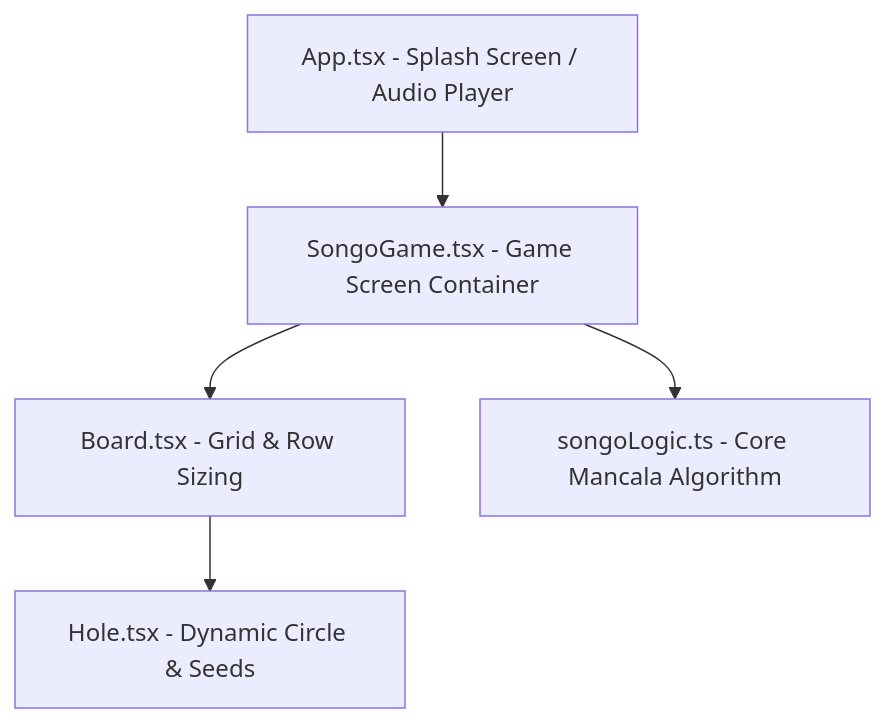
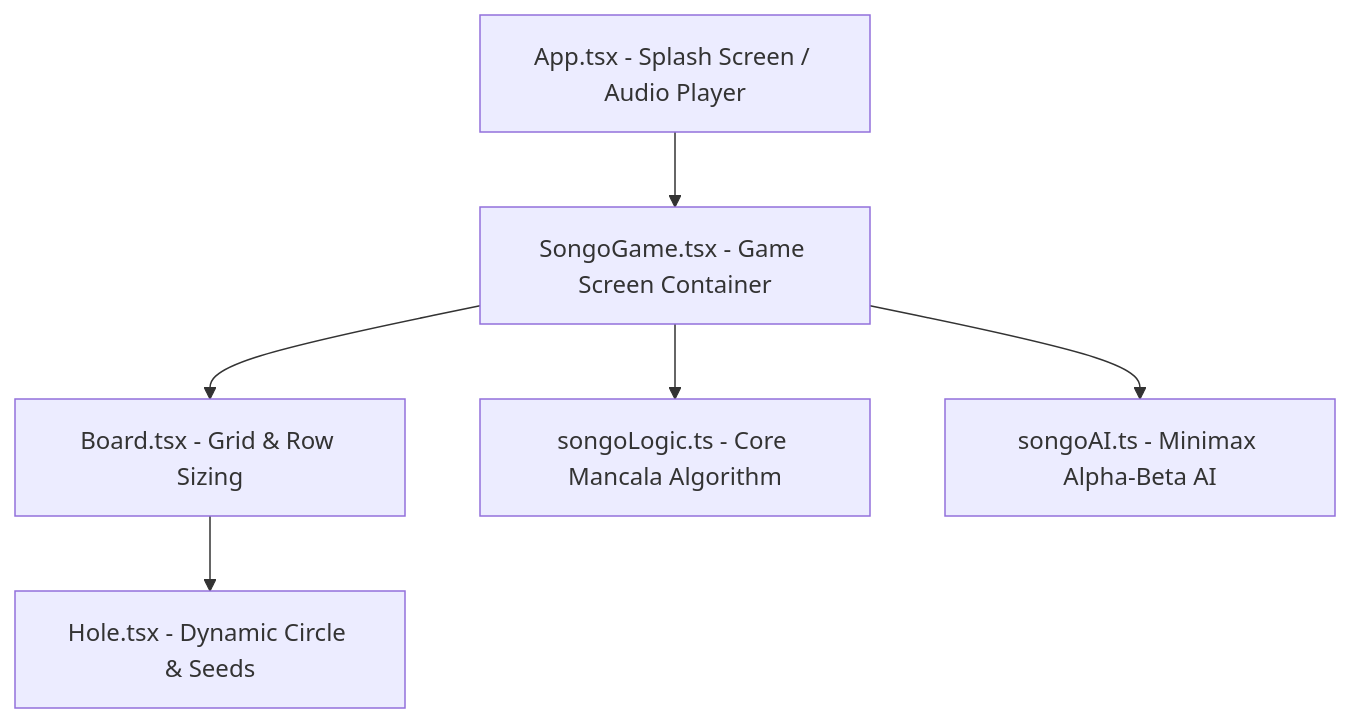
The diagram in README.md (Archlord12345/SONGO), drawn with Mermaid before and after one commit. The commit also changed other lines of this file and 2 other files, not shown here.

````diff
--- a/README.md
+++ b/README.md
@@ -62,7 +62,8 @@
 ```mermaid
 graph TD
     A[App.tsx - Splash Screen / Audio Player] --> B[SongoGame.tsx - Game Screen Container]
     B --> C[Board.tsx - Grid & Row Sizing]
     C --> D[Hole.tsx - Dynamic Circle & Seeds]
     B --> E[songoLogic.ts - Core Mancala Algorithm]
+    B --> F[songoAI.ts - Minimax Alpha-Beta AI]
 ```
````
